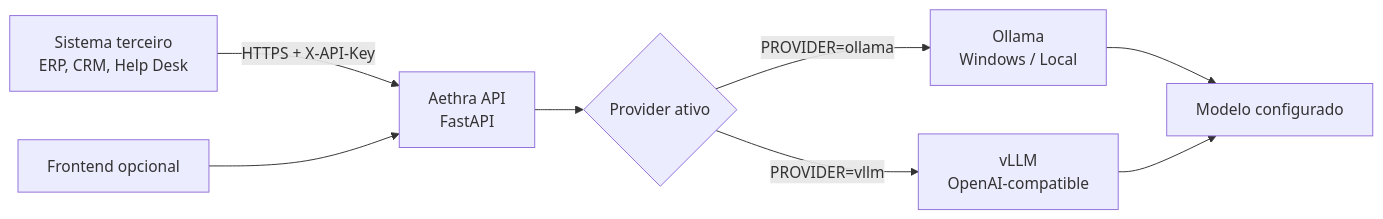
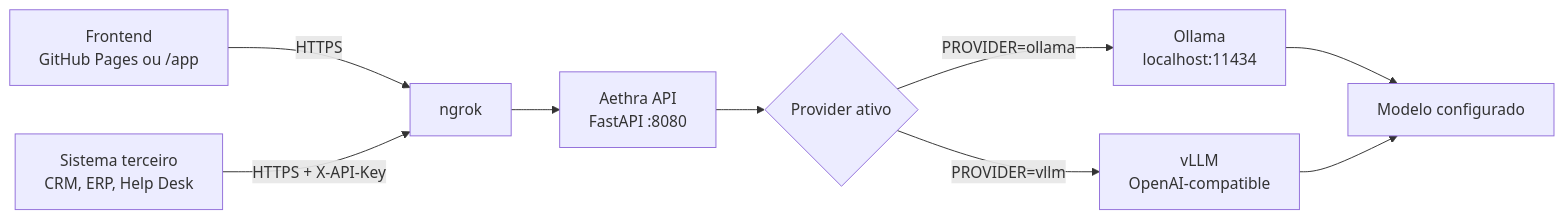
Before and after one commit to ViniciusKanh/Aethra: the diagram in README.md, drawn with Mermaid. The commit also changed other lines of this file and 14 other files, not shown here.

````diff
--- a/README.md
+++ b/README.md
@@ -52,10 +99,11 @@
 ```mermaid
 flowchart LR
-    S["Sistema terceiro<br/>ERP, CRM, Help Desk"] -->|"HTTPS + X-API-Key"| A["Aethra API<br/>FastAPI"]
-    F["Frontend opcional"] --> A
+    F["Frontend<br/>GitHub Pages ou /app"] -->|"HTTPS"| N["ngrok"]
+    S["Sistema terceiro<br/>CRM, ERP, Help Desk"] -->|"HTTPS + X-API-Key"| N
+    N --> A["Aethra API<br/>FastAPI :8080"]
     A --> P{"Provider ativo"}
-    P -->|"PROVIDER=ollama"| O["Ollama<br/>Windows / Local"]
+    P -->|"PROVIDER=ollama"| O["Ollama<br/>localhost:11434"]
     P -->|"PROVIDER=vllm"| V["vLLM<br/>OpenAI-compatible"]
     O --> M["Modelo configurado"]
     V --> M
 ```
````
